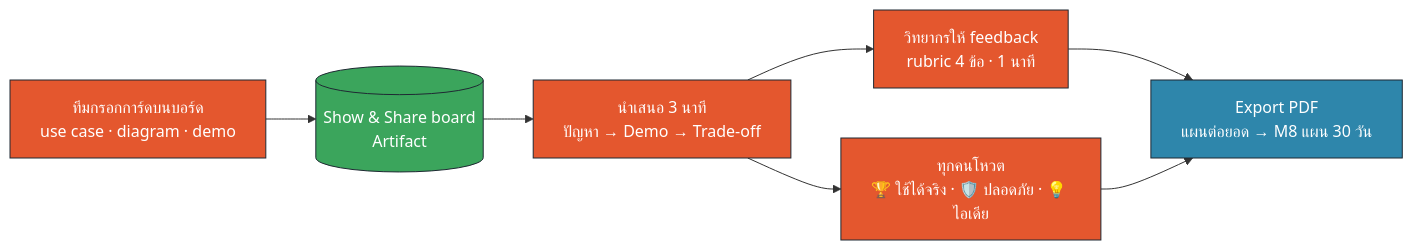
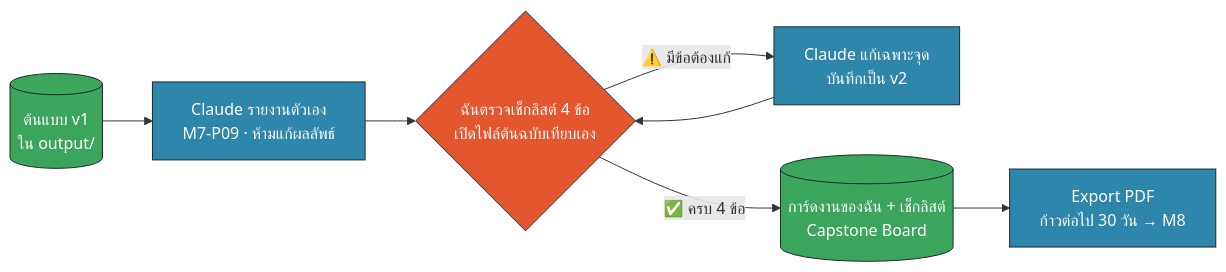
Before and after one commit to batprem/banpu-claude-course: the diagram in materials/m7/diagrams/show-share.mmd, drawn with Mermaid. The commit also changed 50 other files, not shown here.

```diff
--- a/materials/m7/diagrams/show-share.mmd
+++ b/materials/m7/diagrams/show-share.mmd
@@ -1,10 +1,10 @@
 flowchart LR
-    TM["ทีมกรอกการ์ดบนบอร์ด<br/>use case · diagram · demo"]:::human --> BD[("Show & Share board<br/>Artifact")]:::data
-    BD --> PR["นำเสนอ 3 นาที<br/>ปัญหา → Demo → Trade-off"]:::human
-    PR --> FB["วิทยากรให้ feedback<br/>rubric 4 ข้อ · 1 นาที"]:::human
-    PR --> VT["ทุกคนโหวต<br/>🏆 ใช้ได้จริง · 🛡️ ปลอดภัย · 💡 ไอเดีย"]:::human
-    FB --> PDF["Export PDF<br/>แผนต่อยอด → M8 แผน 30 วัน"]:::ai
-    VT --> PDF
+    V1[("ต้นแบบ v1<br/>ใน output/")]:::data --> AI["Claude รายงานตัวเอง<br/>M7-P09 · ห้ามแก้ผลลัพธ์"]:::ai
+    AI --> CK{"ฉันตรวจเช็กลิสต์ 4 ข้อ<br/>เปิดไฟล์ต้นฉบับเทียบเอง"}:::human
+    CK -- "⚠️ มีข้อต้องแก้" --> FX["Claude แก้เฉพาะจุด<br/>บันทึกเป็น v2"]:::ai
+    FX --> CK
+    CK -- "✅ ครบ 4 ข้อ" --> BD[("การ์ดงานของฉัน + เช็กลิสต์<br/>Capstone Board")]:::data
+    BD --> PDF["Export PDF<br/>ก้าวต่อไป 30 วัน → M8"]:::ai
     classDef human fill:#E4572E,color:#fff,stroke:#1F2933;
     classDef ai fill:#2E86AB,color:#fff,stroke:#1F2933;
     classDef data fill:#3BA55C,color:#fff,stroke:#1F2933;
```
